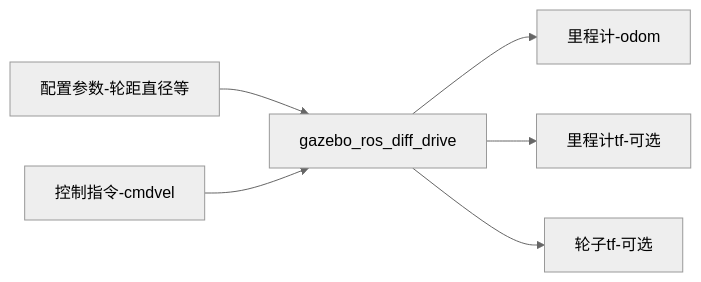
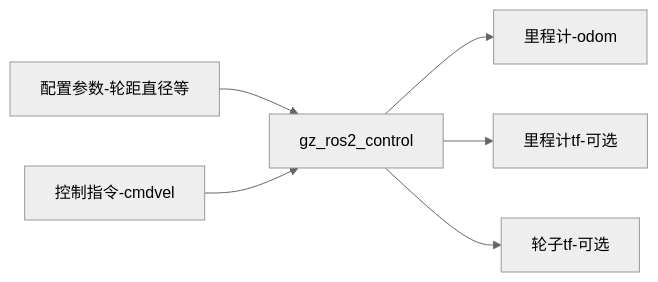
The diagram in docs/jazzy/chapt9/get_started/4.Gazebo仿真插件之两轮差速.md (hummingg/d2l-ros2), drawn with Mermaid (neutral theme) before and after one commit. The commit also changed other lines of this file and 7 other files, not shown here.

````diff
--- a/docs/jazzy/chapt9/get_started/4.Gazebo仿真插件之两轮差速.md
+++ b/docs/jazzy/chapt9/get_started/4.Gazebo仿真插件之两轮差速.md
@@ -36,8 +38,8 @@
 ```mermaid
 graph LR;
 D[配置参数-轮距直径等]-->B
-A[控制指令-cmdvel]-->B[gazebo_ros_diff_drive]
+A[控制指令-cmdvel]-->B[gz_ros2_control]
 B-->C[里程计-odom]
 B-->E[里程计tf-可选]
 B-->F[轮子tf-可选]
 ```
````
